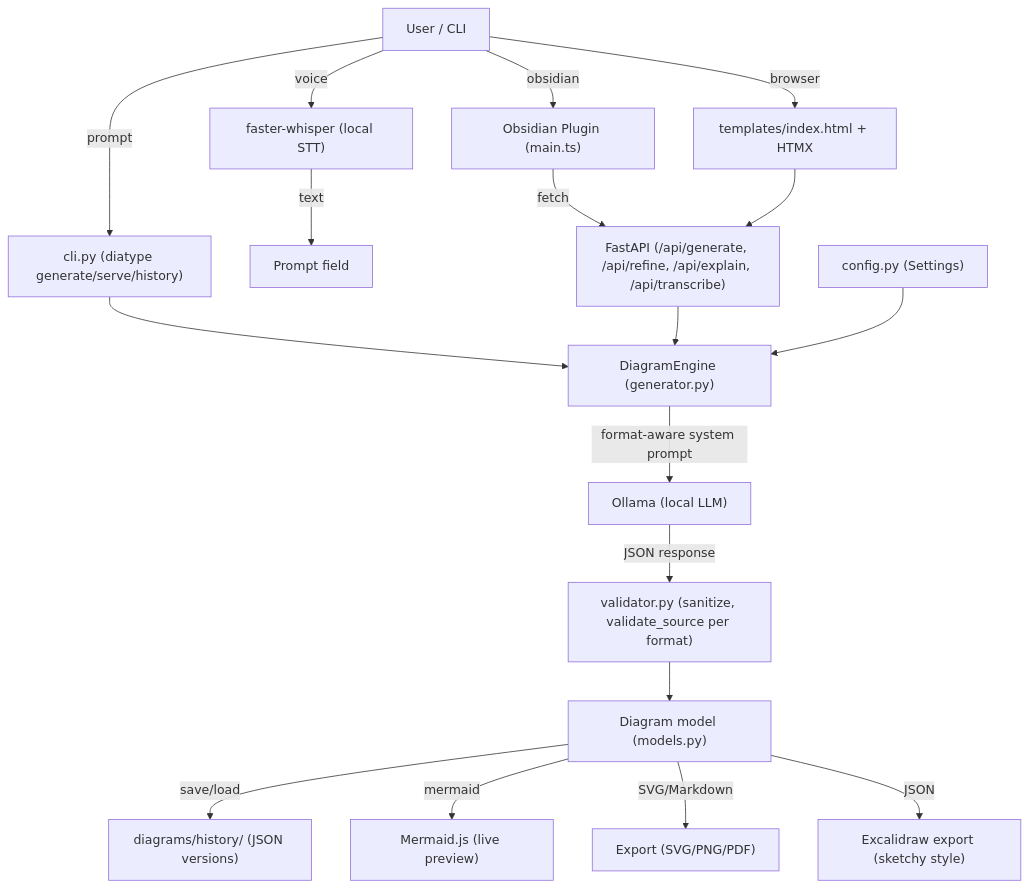
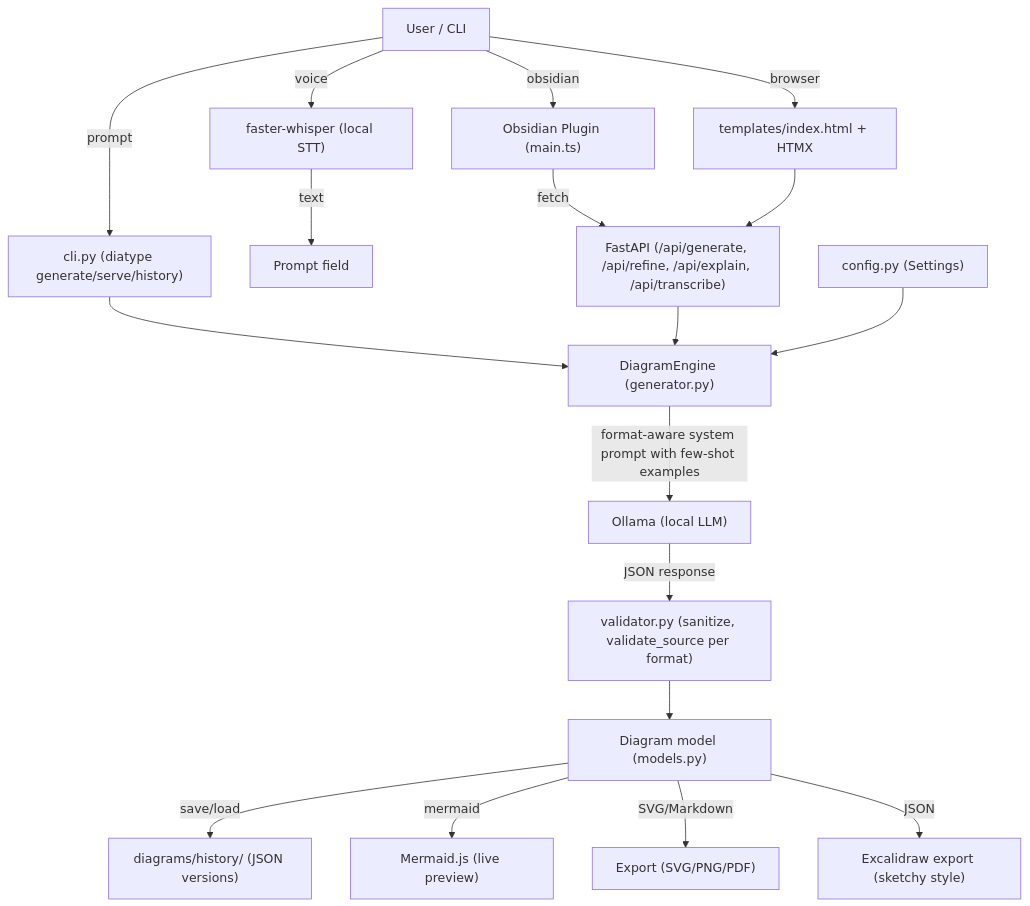
The diagram in README.md (ajendras/diatype), drawn with Mermaid before and after one commit. The commit also changed other lines of this file and 2 other files, not shown here.

Commit message:
feat(generator): improve few-shot prompting for higher first-try accuracy

````diff
--- a/README.md
+++ b/README.md
@@ -282,20 +282,20 @@
 ```mermaid
 flowchart TD
     User[User / CLI] -->|prompt| CLI["cli.py (diatype generate/serve/history)"]
     User -->|voice| Whisper["faster-whisper (local STT)"]
     Whisper -->|text| Prompt[Prompt field]
     User -->|browser| UI["templates/index.html + HTMX"]
     User -->|obsidian| Obsidian["Obsidian Plugin (main.ts)"]
     Obsidian -->|fetch| FastAPI["FastAPI (/api/generate)"]
     CLI --> Engine["DiagramEngine (generator.py)"]
     UI --> FastAPI["FastAPI (/api/generate, /api/refine, /api/explain, /api/transcribe)"]
     FastAPI --> Engine
-    Engine -->|format-aware system prompt| Ollama["Ollama (local LLM)"]
+    Engine -->|format-aware system prompt with few-shot examples| Ollama["Ollama (local LLM)"]
     Ollama -->|JSON response| Validator["validator.py (sanitize, validate_source per format)"]
     Validator --> Diagram["Diagram model (models.py)"]
     Diagram -->|save/load| History["diagrams/history/ (JSON versions)"]
     Diagram -->|mermaid| Renderer["Mermaid.js (live preview)"]
     Diagram -->|SVG/Markdown| Export["Export (SVG/PNG/PDF)"]
     Diagram -->|JSON| Excalidraw["Excalidraw export (sketchy style)"]
     Config["config.py (Settings)"] --> Engine
 ```
````
